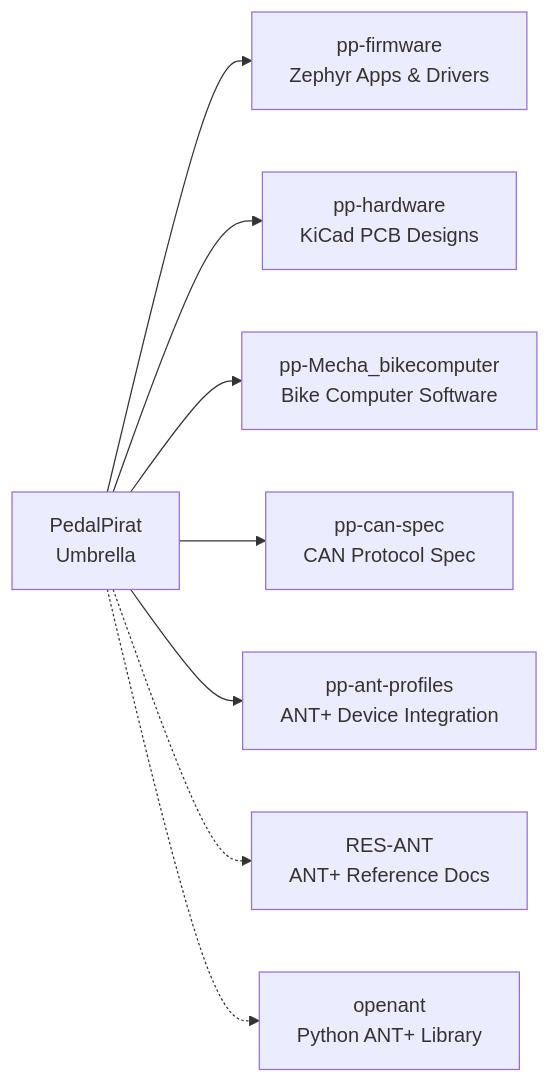
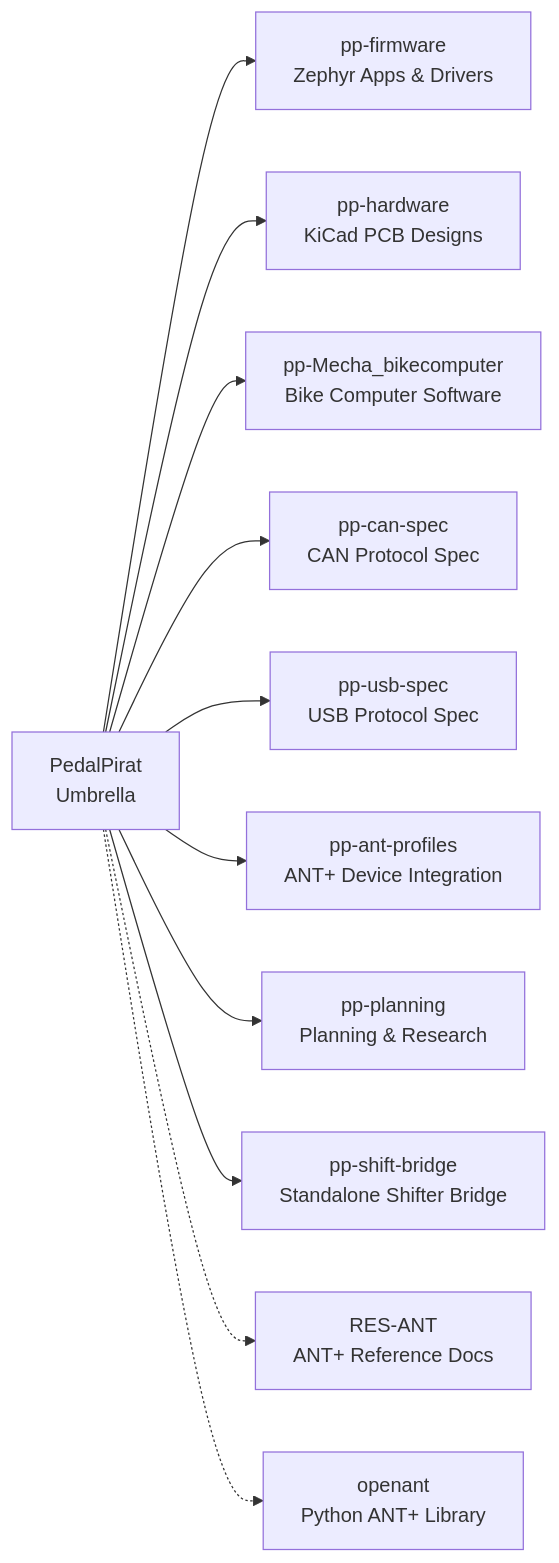
Before and after one commit to PedalPirat/PedalPirat: the second of 4 diagrams in README.md, drawn with Mermaid. The commit also changed other lines of this file, not shown here.

Commit message:
docs: add pp-usb-spec, pp-planning, pp-shift-bridge to umbrella

````diff
--- a/README.md
+++ b/README.md
@@ -61,11 +61,14 @@
 ```mermaid
 graph LR
     PP[PedalPirat<br/>Umbrella] --> FW[pp-firmware<br/>Zephyr Apps & Drivers]
     PP --> HW[pp-hardware<br/>KiCad PCB Designs]
     PP --> COMP[pp-Mecha_bikecomputer<br/>Bike Computer Software]
     PP --> CAN[pp-can-spec<br/>CAN Protocol Spec]
+    PP --> USB[pp-usb-spec<br/>USB Protocol Spec]
     PP --> ANT[pp-ant-profiles<br/>ANT+ Device Integration]
+    PP --> PLAN[pp-planning<br/>Planning & Research]
+    PP --> BRIDGE[pp-shift-bridge<br/>Standalone Shifter Bridge]
 
     PP -.-> RES[RES-ANT<br/>ANT+ Reference Docs]
     PP -.-> OA[openant<br/>Python ANT+ Library]
 ```
````
